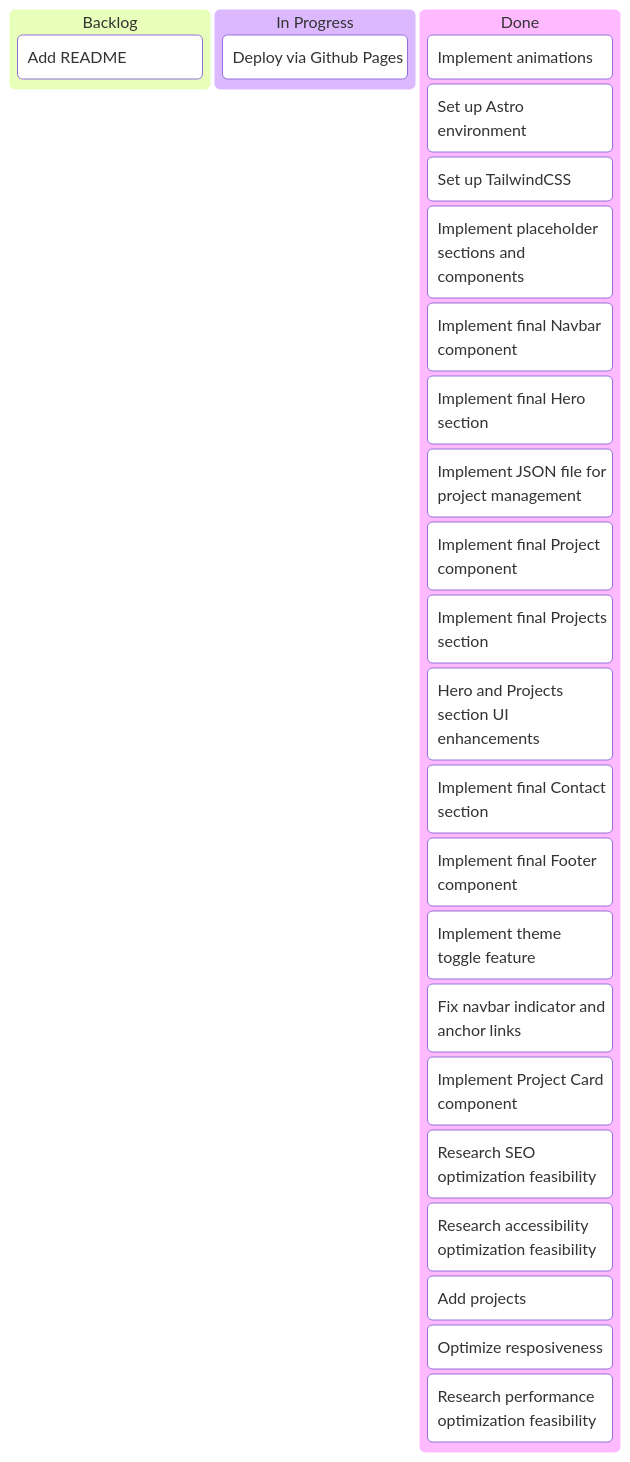
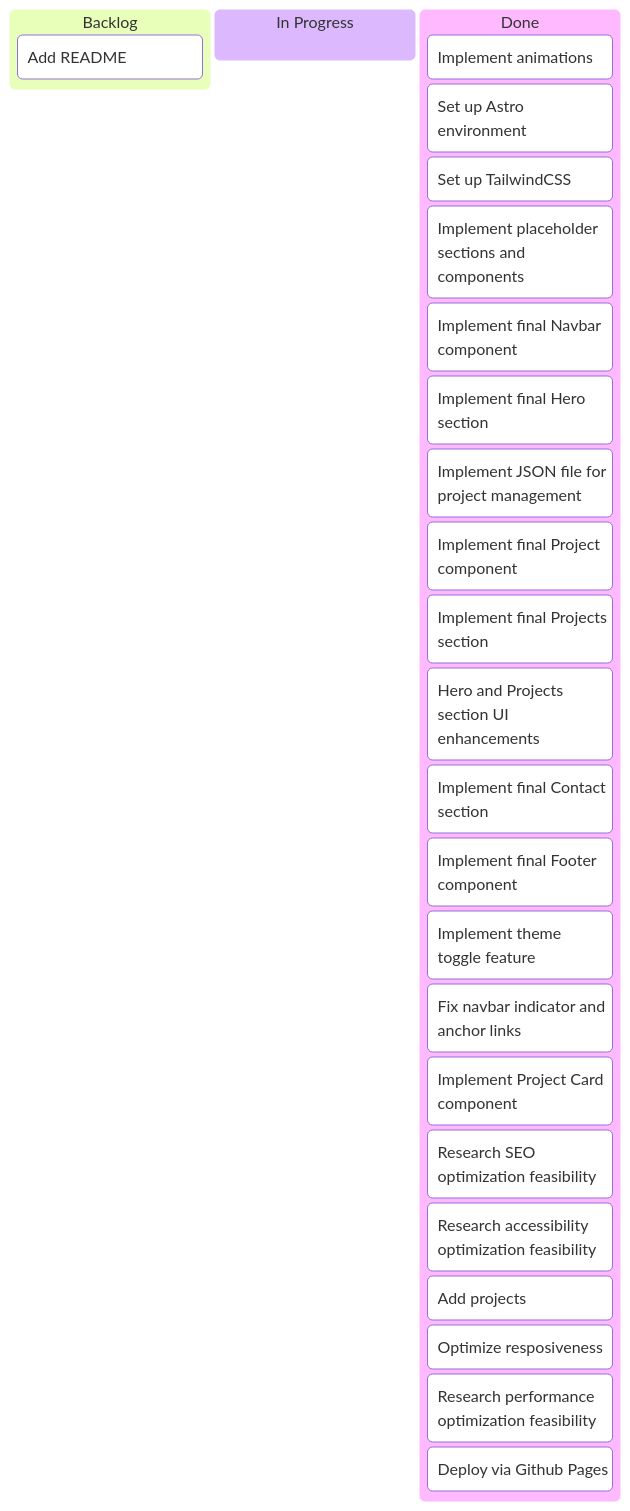
One commit to CantarinoG/portfolio changed the diagram in docs/kanban.md. Above: the diagram before and after it, drawn with Mermaid. The commit also changed other lines of this file and 1 other file, not shown here.

````diff
--- a/docs/kanban.md
+++ b/docs/kanban.md
@@ -1,28 +1,28 @@
 ```mermaid
 kanban
   stage1[Backlog]
     card29[Add README]
   stage2[In Progress]
-    card20[Deploy via Github Pages]
   stage3[Done]
     card16[Implement animations]
     card1[Set up Astro environment]
     card24[Set up TailwindCSS]
     card5[Implement placeholder sections and components]
     card6[Implement final Navbar component]
     card7[Implement final Hero section]
     card22[Implement JSON file for project management]
     card8[Implement final Project component]
     card11[Implement final Projects section]
     card26[Hero and Projects section UI enhancements]
     card12[Implement final Contact section]
     card14[Implement final Footer component]
     card15[Implement theme toggle feature]
     card28[Fix navbar indicator and anchor links]
     card27[Implement Project Card component]
     card17[Research SEO optimization feasibility]
     card19[Research accessibility optimization feasibility]
     card25[Add projects]
     card23[Optimize resposiveness]
     card18[Research performance optimization feasibility]
+    card20[Deploy via Github Pages]
 ```
````
